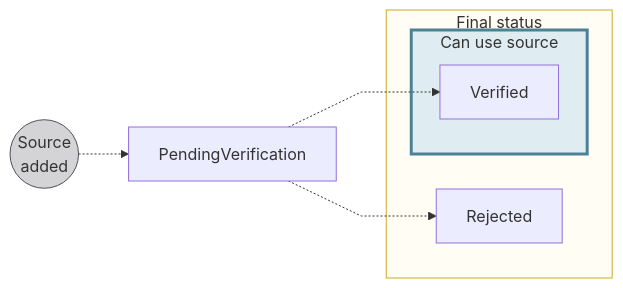
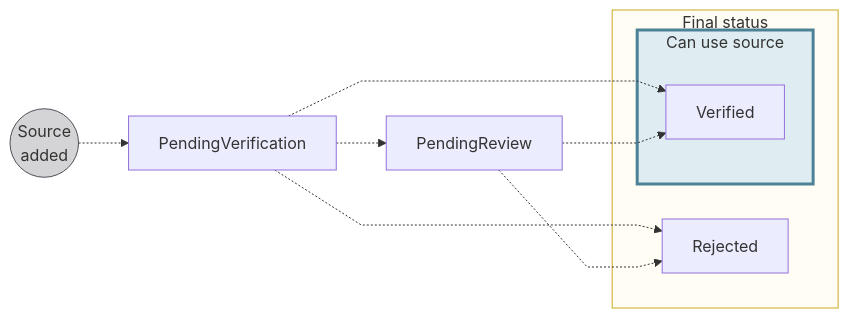
The diagram in docs/accounts/concepts/funding/account-verification.mdx (swan-io/docs), drawn with Mermaid before and after one commit. The commit also changed other lines of this file and 8 other files, not shown here.

````diff
--- a/docs/accounts/concepts/funding/account-verification.mdx
+++ b/docs/accounts/concepts/funding/account-verification.mdx
@@ -22,17 +22,20 @@
 ```mermaid
 %%{ init: { 'flowchart': { 'curve': 'linear' } } }%%
 flowchart LR
     SA((Source<br/>added)) -.-> PV[PendingVerification]
     PV -.-> V[Verified]
     PV -.-> R[Rejected]
+    PV -.-> PR[PendingReview]
+    PR -.-> V
+    PR -.-> R
     subgraph U[Can use source]
         V
     end
     subgraph F[Final status]
         R
         U
     end
     style SA fill:#D4D3D5,stroke:#514F59
     style F fill:#fffdf4,stroke:#cca922
     style U fill:#dfedf2,stroke:#4d8296, stroke-width:3px
 ```
````
